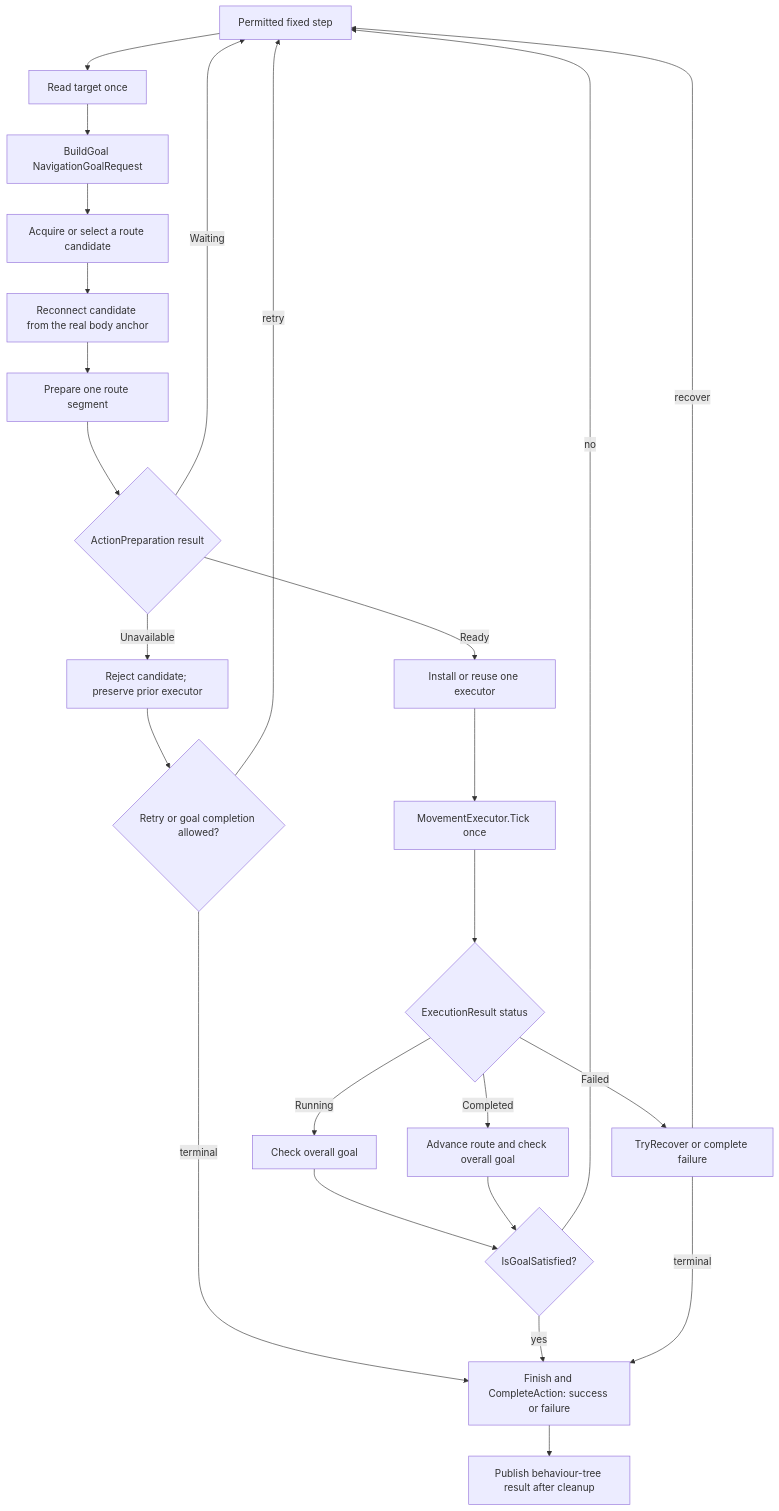
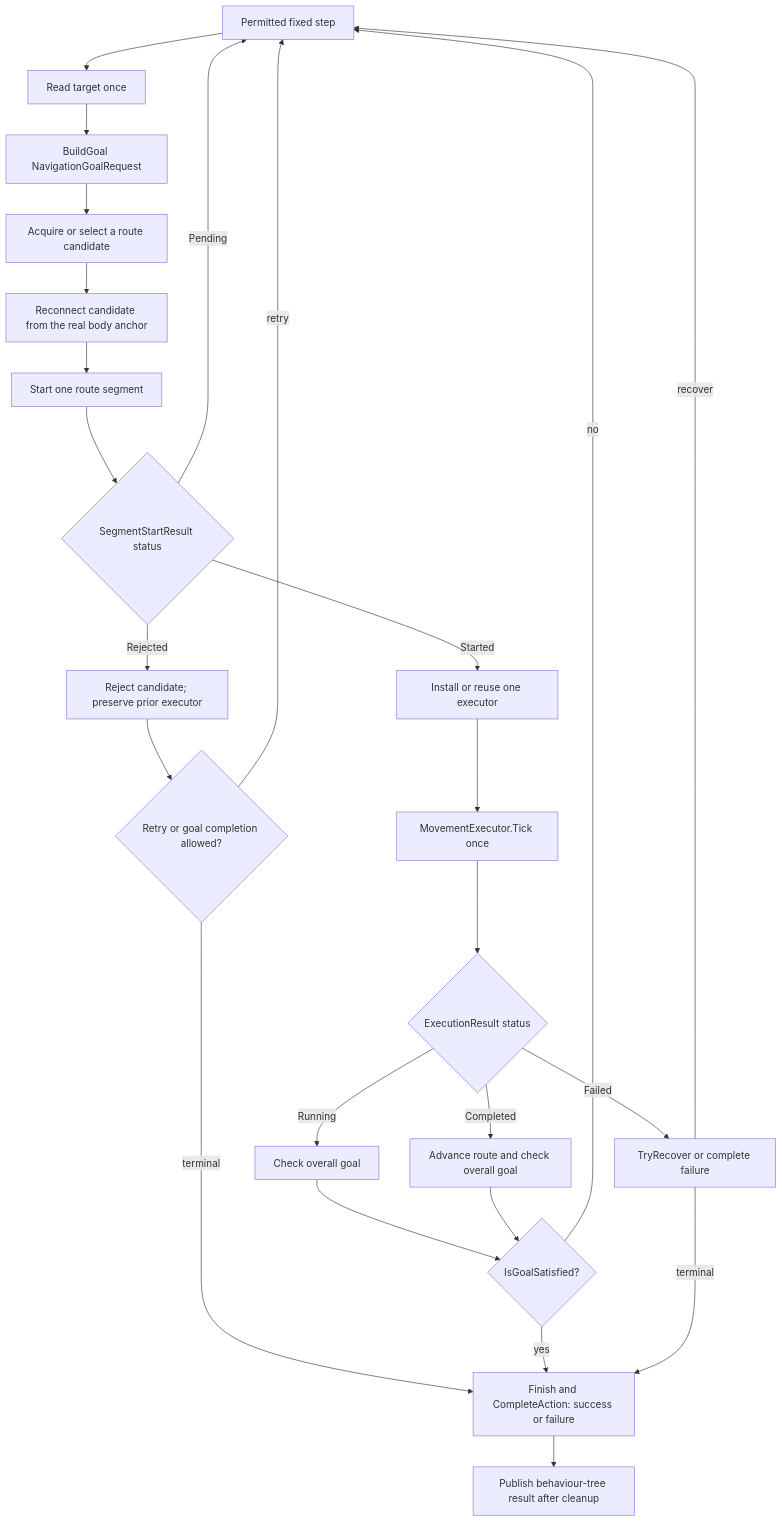
Before and after one commit to minerva-studio/aethiumian-ai: the second of 2 diagrams in Documentation~/navigation-action-lifecycle.md, drawn with Mermaid. The commit also changed other lines of this file and 11 other files, not shown here.

First line of the commit message:
refactor(navigation): simplify Movement hooks and segment start

````diff
--- a/Documentation~/navigation-action-lifecycle.md
+++ b/Documentation~/navigation-action-lifecycle.md
@@ -33,27 +33,27 @@
 ```mermaid
 flowchart TD
     A[Permitted fixed step] --> B[Read target once]
     B --> C[BuildGoal NavigationGoalRequest]
     C --> D[Acquire or select a route candidate]
     D --> E[Reconnect candidate from the real body anchor]
-    E --> F[Prepare one route segment]
-    F --> G{ActionPreparation result}
-    G -- Waiting --> A
-    G -- Unavailable --> H[Reject candidate; preserve prior executor]
+    E --> F[Start one route segment]
+    F --> G{SegmentStartResult status}
+    G -- Pending --> A
+    G -- Rejected --> H[Reject candidate; preserve prior executor]
     H --> I{Retry or goal completion allowed?}
     I -- retry --> A
     I -- terminal --> N["Finish and CompleteAction: success or failure"]
-    G -- Ready --> J[Install or reuse one executor]
+    G -- Started --> J[Install or reuse one executor]
     J --> K[MovementExecutor.Tick once]
     K --> L{ExecutionResult status}
     L -- Running --> M[Check overall goal]
     L -- Completed --> O[Advance route and check overall goal]
     M --> P{IsGoalSatisfied?}
     O --> P
     P -- no --> A
     P -- yes --> N
     L -- Failed --> Q[TryRecover or complete failure]
     Q -- recover --> A
     Q -- terminal --> N
     N --> R[Publish behaviour-tree result after cleanup]
 ```
````
